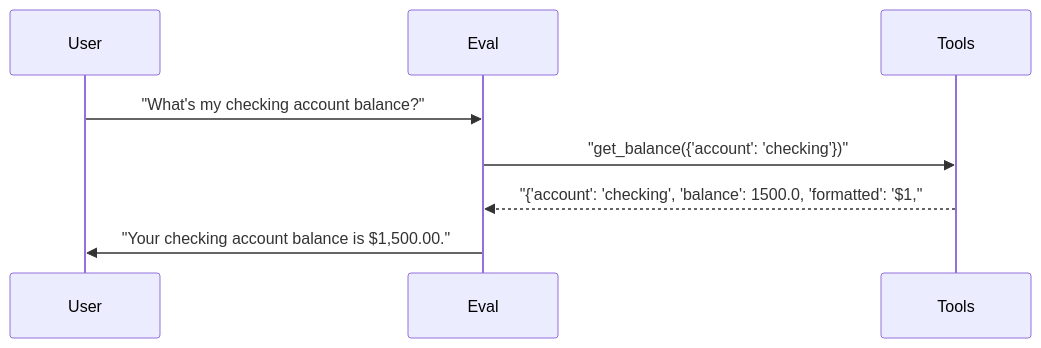
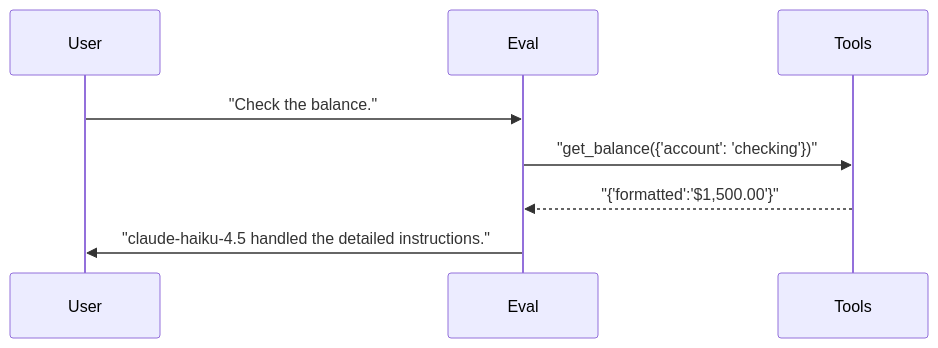
The fourth of 4 diagrams in docs/reports/06_model_prompt_matrix.md (sbroenne/pytest-skill-engineering), drawn with Mermaid before and after one commit. The commit also changed other lines of this file and 137 other files, not shown here.

````diff
--- a/docs/reports/06_model_prompt_matrix.md
+++ b/docs/reports/06_model_prompt_matrix.md
@@ -237,11 +158,11 @@
 ```mermaid
 sequenceDiagram
     participant User
     participant Eval
     participant Tools
 
-    User->>Eval: "What's my checking account balance?"
+    User->>Eval: "Check the balance."
     Eval->>Tools: "get_balance({'account': 'checking'})"
-    Tools-->>Eval: "{'account': 'checking', 'balance': 1500.0, 'formatted': '$1,"
-    Eval->>User: "Your checking account balance is $1,500.00."
+    Tools-->>Eval: "{'formatted':'$1,500.00'}"
+    Eval->>User: "claude-haiku-4.5 handled the detailed instructions."
 ```
````
